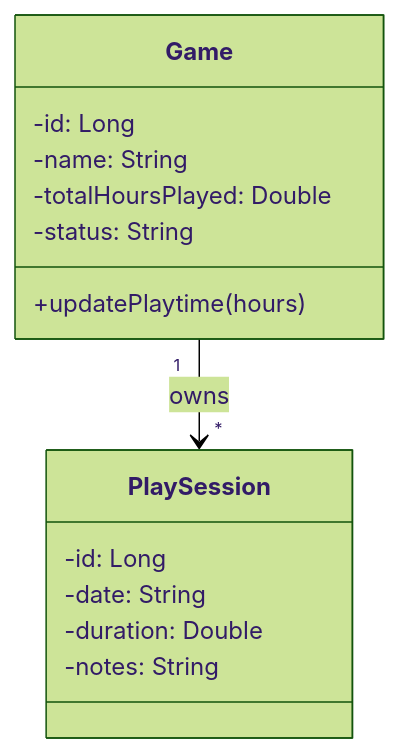
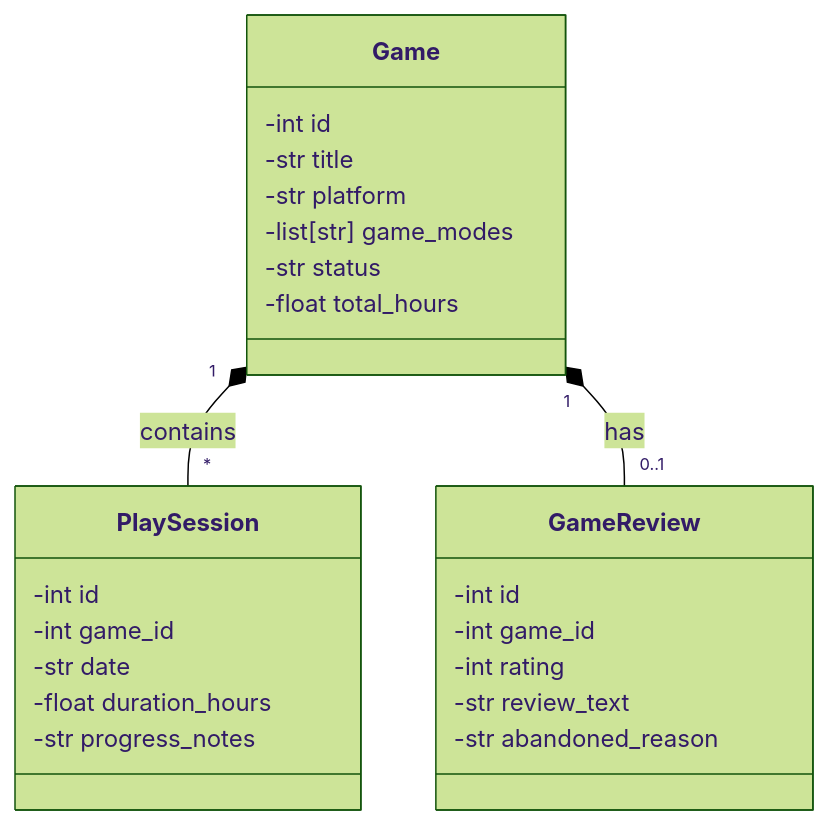
The third of 4 diagrams in README.md (DavLien/cen5064-project-liendo), drawn with Mermaid (forest theme) before and after one commit. The commit also changed other lines of this file, not shown here.

First line of the commit message:
Overwrite README.md to fit GameLedger scope

````diff
--- a/README.md
+++ b/README.md
@@ -58,20 +91,31 @@
 ```mermaid
 %% Class diagram: your 3–4 core domain classes.
 classDiagram
     class Game {
-        -id: Long
-        -name: String
-        -totalHoursPlayed: Double
-        -status: String
-        +updatePlaytime(hours)
+        -int id
+        -str title
+        -str platform
+        -list[str] game_modes
+        -str status
+        -float total_hours
     }
 
     class PlaySession {
-        -id: Long
-        -date: String
-        -duration: Double
-        -notes: String
+        -int id
+        -int game_id
+        -str date
+        -float duration_hours
+        -str progress_notes
     }
 
-    Game "1" --> "*" PlaySession : owns
+    class GameReview {
+        -int id
+        -int game_id
+        -int rating
+        -str review_text
+        -str abandoned_reason
+    }
+
+    Game "1" *-- "*" PlaySession : contains
+    Game "1" *-- "0..1" GameReview : has
 ```
````
